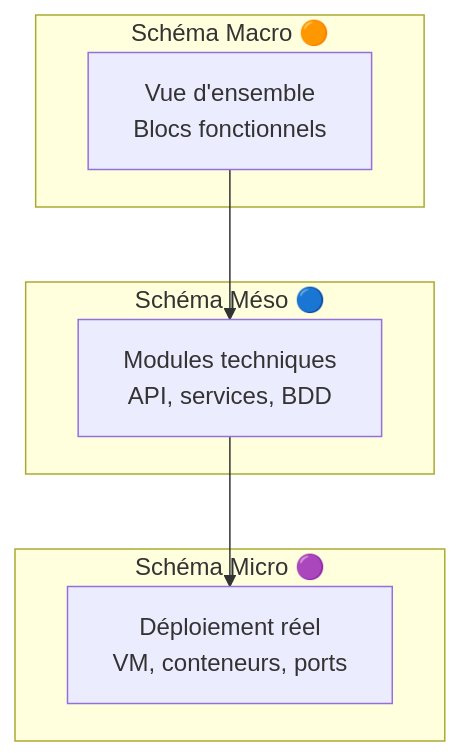
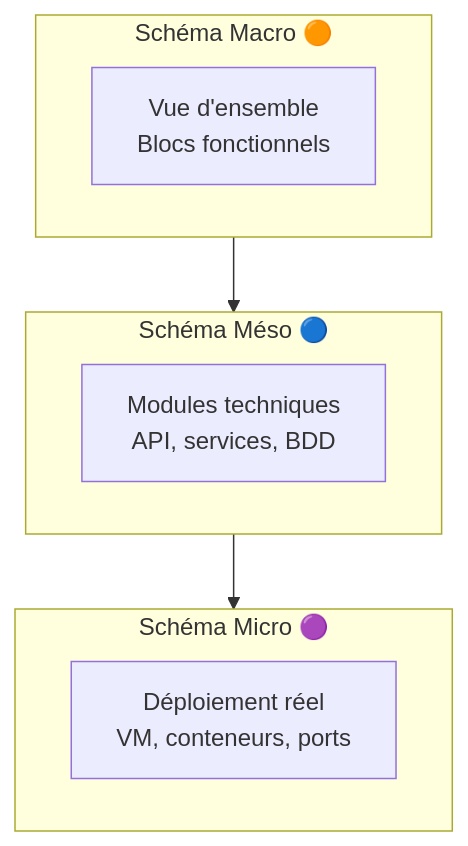
The first of 17 diagrams in modules/M39_schema-dinfrastructure.md (Gooseppr/GevOps_LC), drawn with Mermaid before and after one commit.

Commit message:
Auto commit & push depuis script pipeline

````diff
--- a/modules/M39_schema-dinfrastructure.md
+++ b/modules/M39_schema-dinfrastructure.md
@@ -65,16 +65,16 @@
 ```mermaid
 flowchart TD
   subgraph Macro["Schéma Macro 🟠"]
     M1[Vue d'ensemble<br/>Blocs fonctionnels]
   end
 
   subgraph Meso["Schéma Méso 🔵"]
     S1[Modules techniques<br/>API, services, BDD]
   end
 
   subgraph Micro["Schéma Micro 🟣"]
     U1[Déploiement réel<br/>VM, conteneurs, ports]
   end
 
-  M1 --> S1 --> U1
+  Macro --> Meso --> Micro
 ```
````
